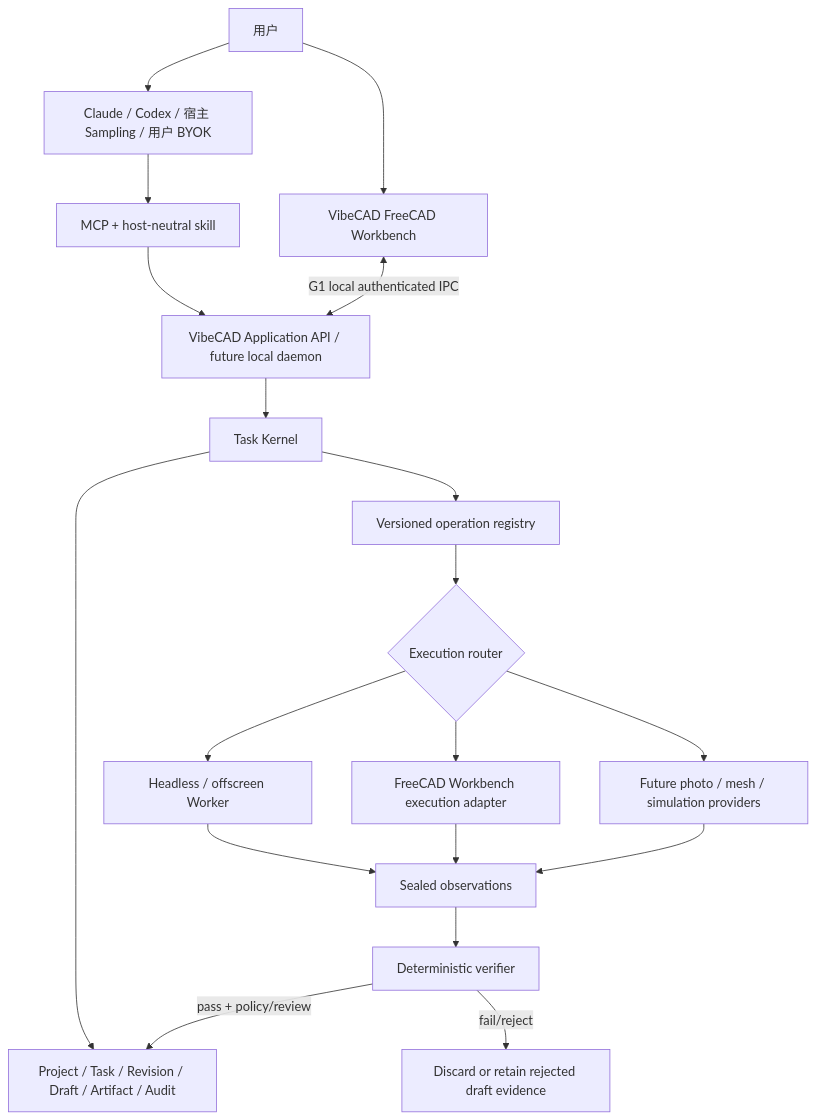
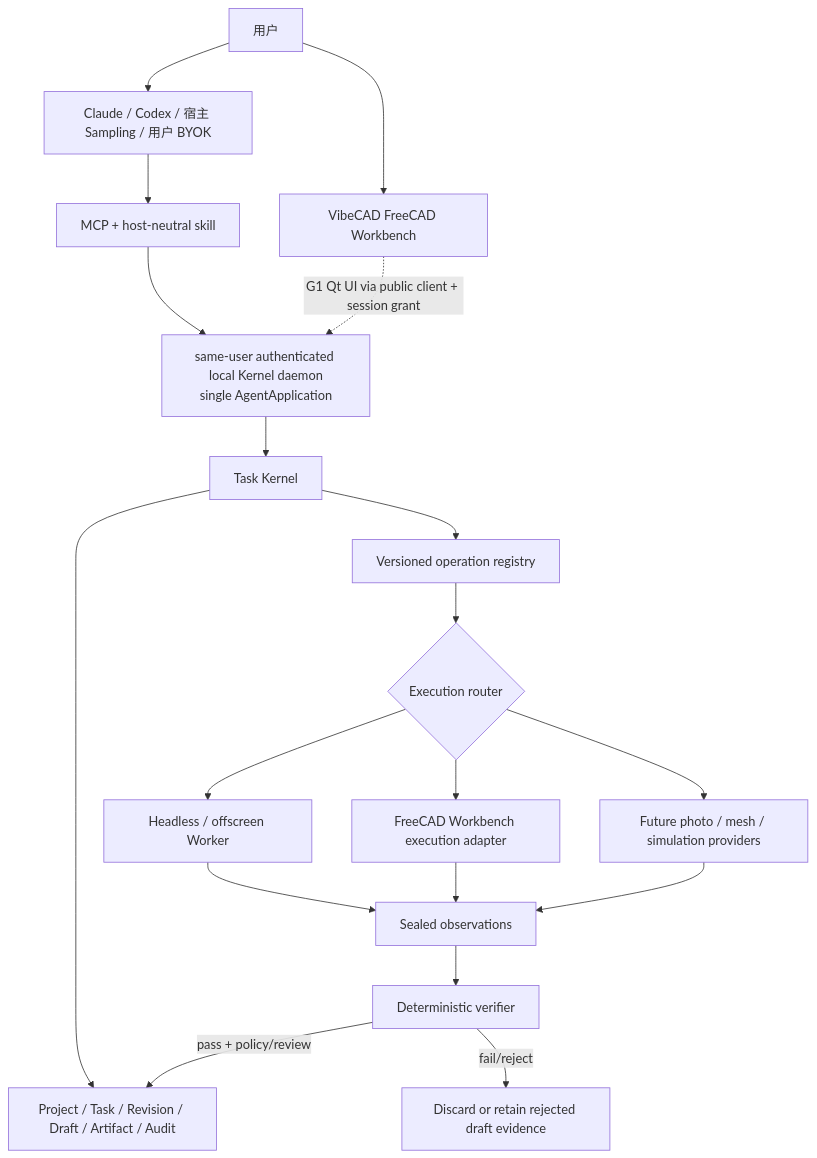
The diagram in docs/PRODUCT_CAPABILITY_ROADMAP.md (wangtao9090/VibeCAD), drawn with Mermaid before and after one commit. The commit also changed other lines of this file and 26 other files, not shown here.

````diff
--- a/docs/PRODUCT_CAPABILITY_ROADMAP.md
+++ b/docs/PRODUCT_CAPABILITY_ROADMAP.md
@@ -95,21 +96,21 @@
 ```mermaid
 flowchart TB
     U["用户"] --> H["Claude / Codex / 宿主 Sampling / 用户 BYOK"]
     U --> G["VibeCAD FreeCAD Workbench"]
     H --> M["MCP + host-neutral skill"]
-    M --> A["VibeCAD Application API / future local daemon"]
-    G <-->|"G1 local authenticated IPC"| A
+    M --> A["same-user authenticated local Kernel daemon<br/>single AgentApplication"]
+    G -.->|"G1 Qt UI via public client + session grant"| A
     A --> K["Task Kernel"]
     K --> S["Project / Task / Revision / Draft / Artifact / Audit"]
     K --> R["Versioned operation registry"]
     R --> X{"Execution router"}
     X --> W["Headless / offscreen Worker"]
     X --> P["FreeCAD Workbench execution adapter"]
     X --> V["Future photo / mesh / simulation providers"]
     W --> O["Sealed observations"]
     P --> O
     V --> O
     O --> C["Deterministic verifier"]
     C -->|"pass + policy/review"| S
     C -->|"fail/reject"| D["Discard or retain rejected draft evidence"]
 ```
````
